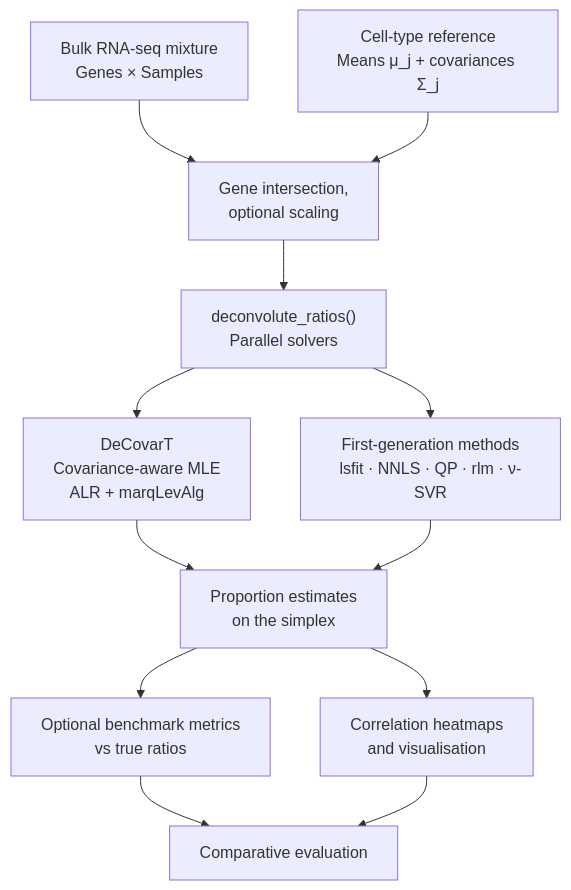
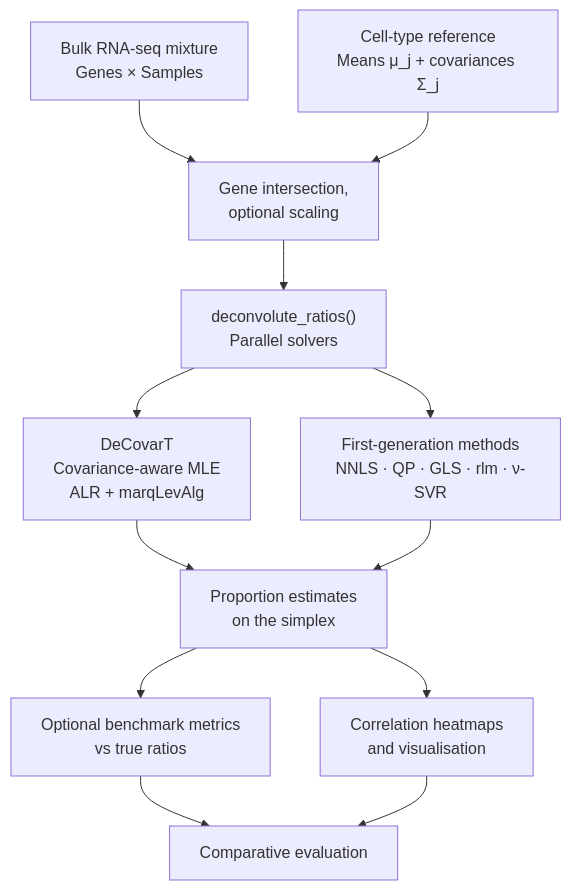
Before and after one commit to bastienchassagnol/DeCovarT: the first of 2 diagrams in README.qmd, drawn with Mermaid. The commit also changed other lines of this file and 21 other files, not shown here.

````diff
--- a/README.qmd
+++ b/README.qmd
@@ -74,22 +74,22 @@
 ```{mermaid}
 %%| label: fig-readme-pipeline
 %%| fig-cap: "DeCovarT pipeline from bulk mixtures and references to comparative evaluation."
 %%{init: {"theme": "sandstone"}}%%
 flowchart TD
     A["Bulk RNA-seq mixture<br/>Genes × Samples"] --> C["Gene intersection,<br/>optional scaling"]
     B["Cell-type reference<br/>Means μ_j + covariances Σ_j"] --> C
 
     C --> D["deconvolute_ratios()<br/>Parallel solvers"]
 
     D --> E["DeCovarT<br/>Covariance-aware MLE<br/>ALR + marqLevAlg"]
-    D --> F["First-generation methods<br/>lsfit · NNLS · QP · rlm · ν-SVR"]
+    D --> F["First-generation methods<br/>NNLS · QP · GLS · rlm · ν-SVR"]
 
     E --> G["Proportion estimates<br/>on the simplex"]
     F --> G
 
     G --> H["Optional benchmark metrics<br/>vs true ratios"]
     G --> I["Correlation heatmaps<br/>and visualisation"]
 
     H --> J["Comparative evaluation"]
     I --> J
 ```
````
